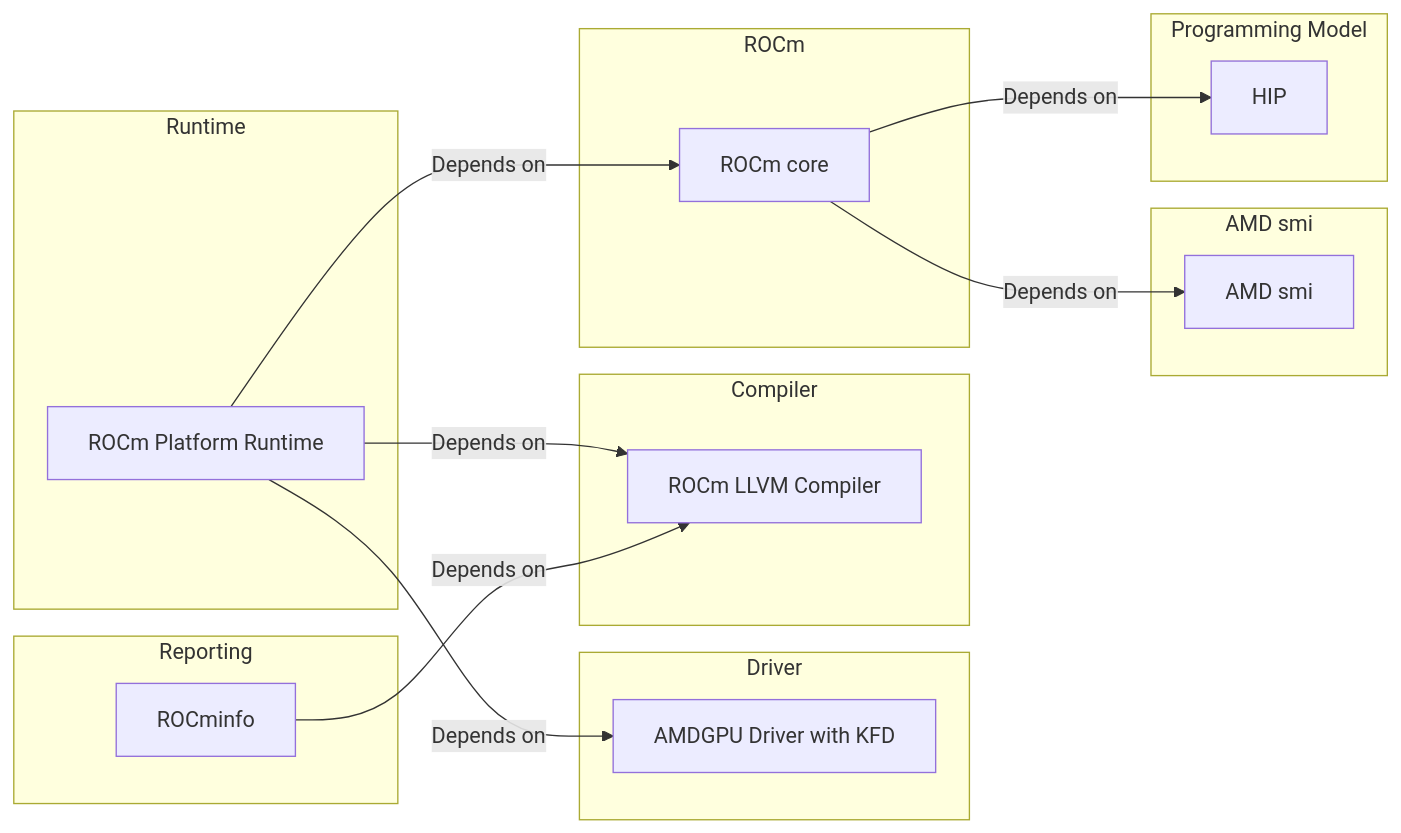
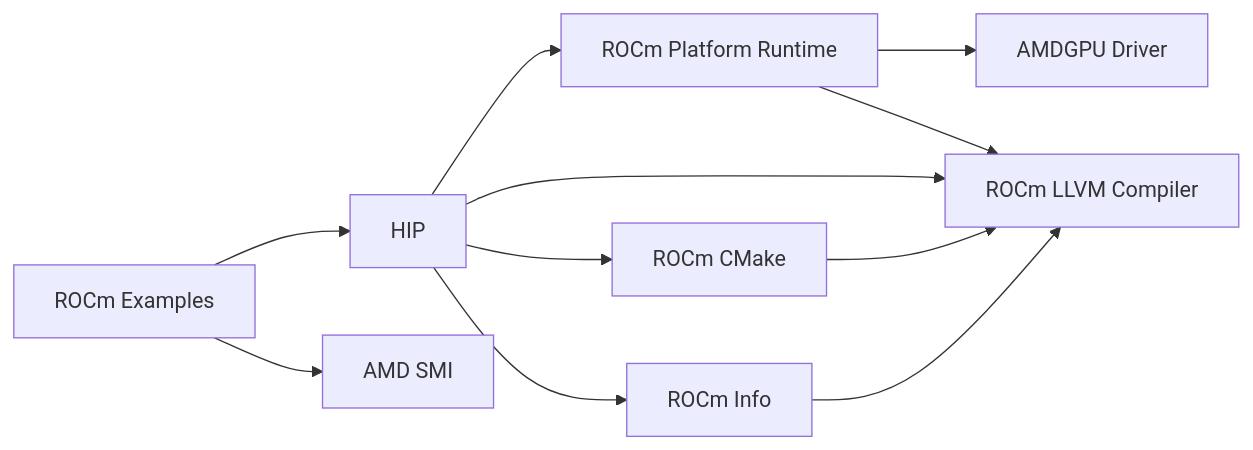
Before and after one commit to EESSI/docs: the first of 4 diagrams in docs/site_specific_config/rocm.md, drawn with Mermaid. The commit also changed other lines of this file, not shown here.

Commit message:
Improvements to the ROCm overview

````diff
--- a/docs/site_specific_config/rocm.md
+++ b/docs/site_specific_config/rocm.md
@@ -139,30 +140,25 @@
 ```mermaid
 graph LR;
-    subgraph Driver
-        A[AMDGPU Driver with KFD]
-    end
-    subgraph Runtime
-        B[ROCm Platform Runtime]
-    end
-    subgraph Compiler
-        C[ROCm LLVM Compiler]
-    end
-    subgraph ROCm
-        D[ROCm core]
-    end
-    subgraph AMD smi
-        E[AMD smi]
-    end
-    subgraph Programming Model
-        F[HIP]
-    end
-    subgraph Reporting
-        G[ROCminfo]
-    end
-        B -->|Depends on| A
-        B -->|Depends on| C
-        B -->|Depends on| D
-        D -->|Depends on| E
-        D -->|Depends on| F
-        G -->|Depends on| C
+    A[AMDGPU Driver]
+    B[ROCm Platform Runtime]
+    C[ROCm LLVM Compiler]
+    D[HIP]
+    E[AMD SMI]
+    F[ROCm CMake]
+    G[ROCm Info]
+    H[ROCm Examples]
+
+    B --> A
+    B --> C
+
+    D --> B
+    D --> C
+    D --> F
+    D --> G
+
+    F --> C
+    G --> C
+
+    H --> D
+    H --> E
 ```
````
